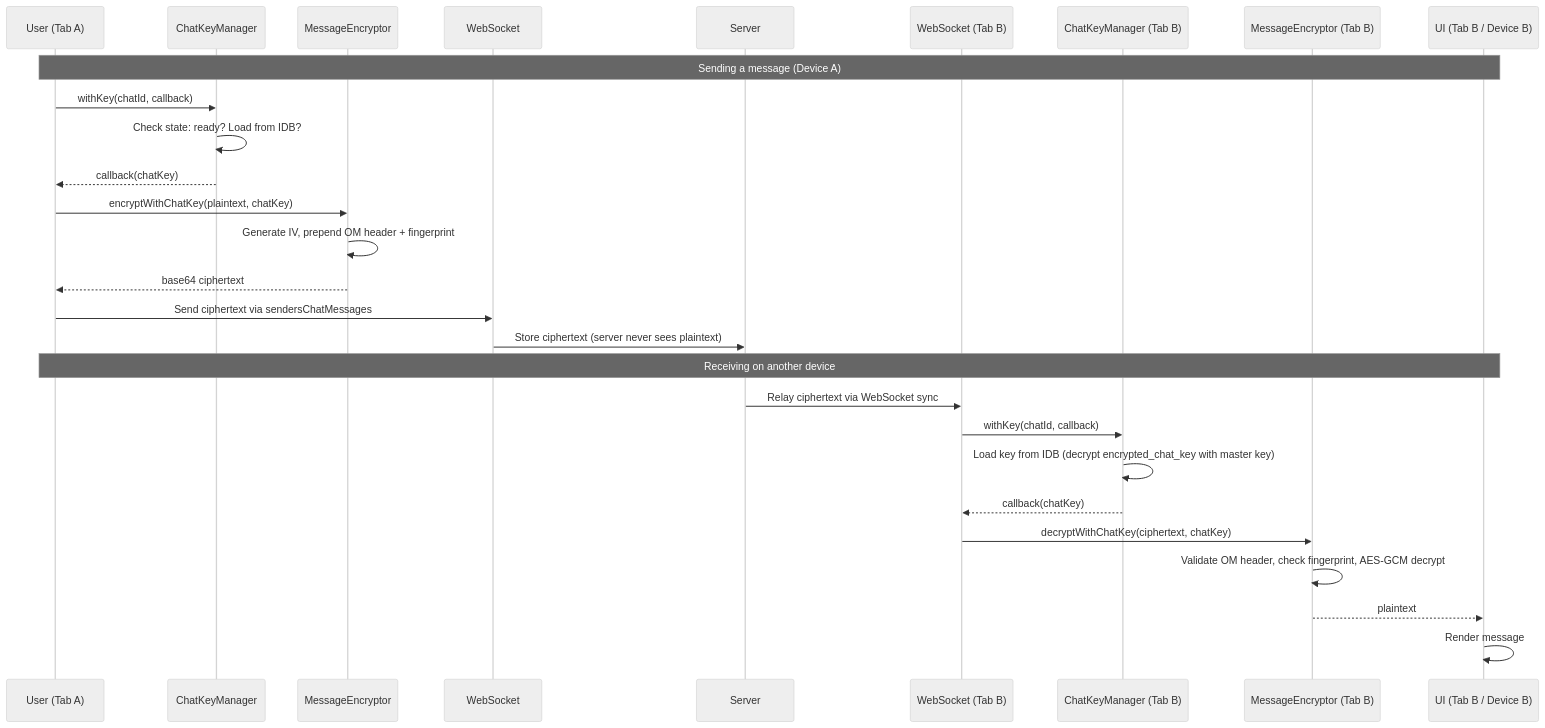
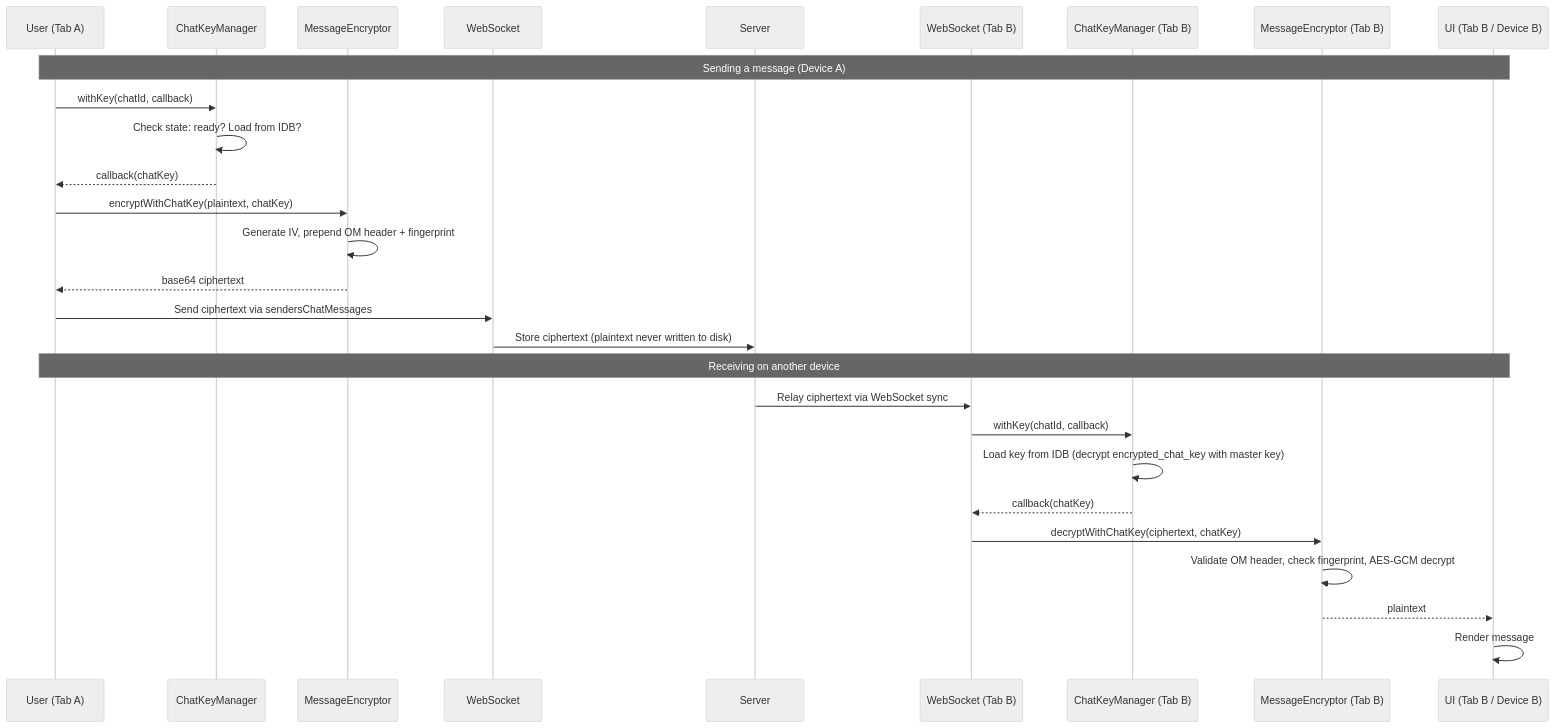
Before and after one commit to glowingkitty/OpenMates: the second of 3 diagrams in docs/architecture/core/encryption-architecture.md, drawn with Mermaid (neutral theme). The commit also changed other lines of this file and 19 other files, not shown here.

````diff
--- a/docs/architecture/core/encryption-architecture.md
+++ b/docs/architecture/core/encryption-architecture.md
@@ -82,32 +89,32 @@
 ```mermaid
 sequenceDiagram
     participant User as User (Tab A)
     participant CKM as ChatKeyManager
     participant ME as MessageEncryptor
     participant WS as WebSocket
     participant Server as Server
     participant WS2 as WebSocket (Tab B)
     participant CKM2 as ChatKeyManager (Tab B)
     participant ME2 as MessageEncryptor (Tab B)
     participant UI2 as UI (Tab B / Device B)
 
     Note over User,UI2: Sending a message (Device A)
     User->>CKM: withKey(chatId, callback)
     CKM->>CKM: Check state: ready? Load from IDB?
     CKM-->>User: callback(chatKey)
     User->>ME: encryptWithChatKey(plaintext, chatKey)
     ME->>ME: Generate IV, prepend OM header + fingerprint
     ME-->>User: base64 ciphertext
     User->>WS: Send ciphertext via sendersChatMessages
-    WS->>Server: Store ciphertext (server never sees plaintext)
+    WS->>Server: Store ciphertext (plaintext never written to disk)
 
     Note over User,UI2: Receiving on another device
     Server->>WS2: Relay ciphertext via WebSocket sync
     WS2->>CKM2: withKey(chatId, callback)
     CKM2->>CKM2: Load key from IDB (decrypt encrypted_chat_key with master key)
     CKM2-->>WS2: callback(chatKey)
     WS2->>ME2: decryptWithChatKey(ciphertext, chatKey)
     ME2->>ME2: Validate OM header, check fingerprint, AES-GCM decrypt
     ME2-->>UI2: plaintext
     UI2->>UI2: Render message
 ```
````
